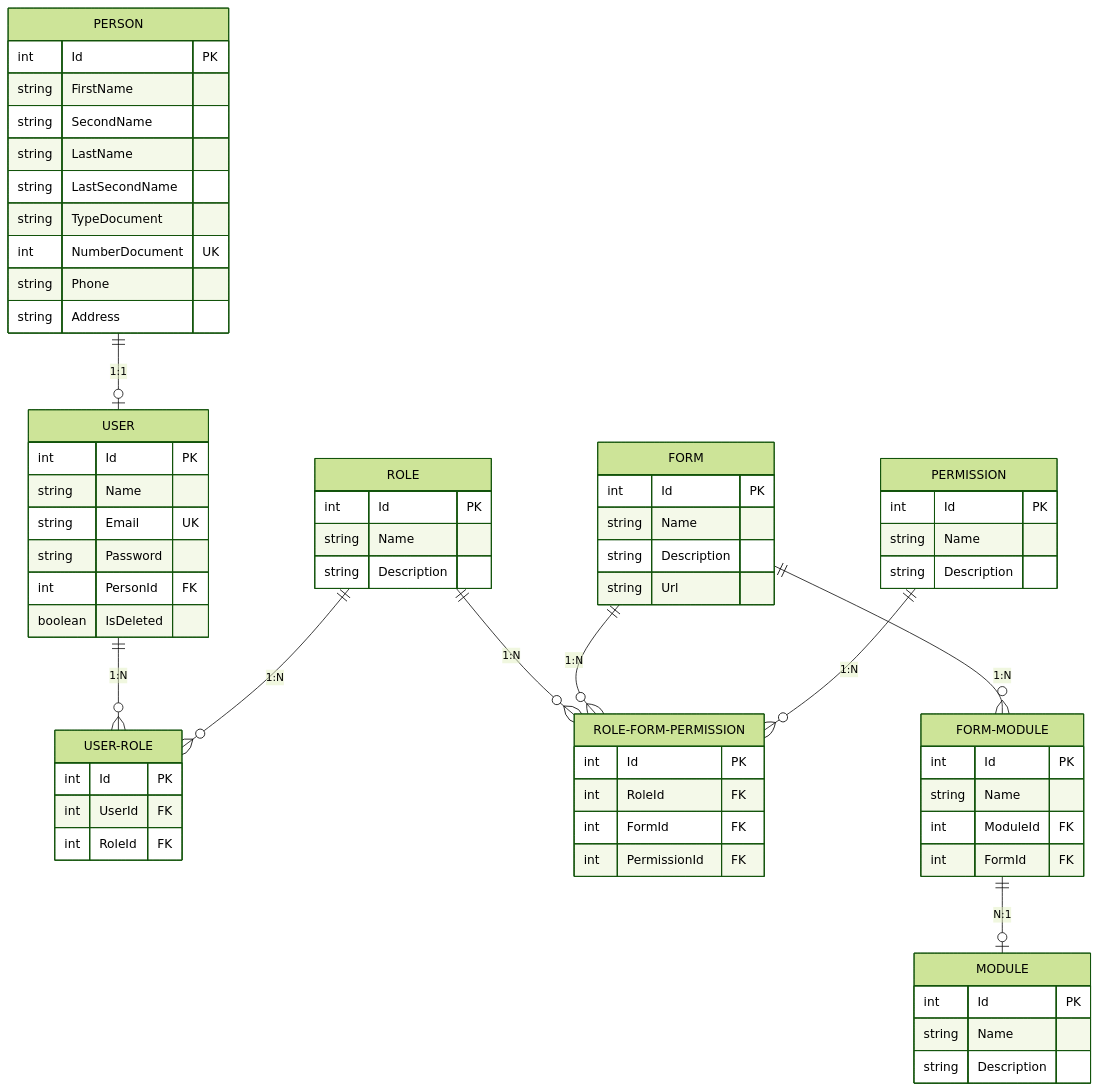
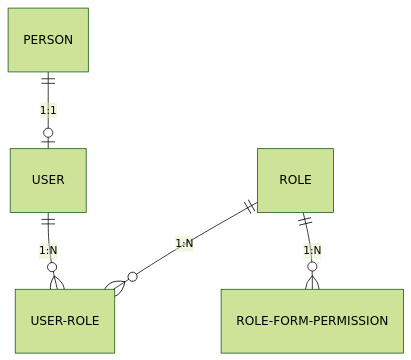
The third of 5 diagrams in README.md (brayancortes22/ModelSecurityRepaso), drawn with Mermaid (forest theme) before and after one commit. The commit also changed other lines of this file and 27 other files, not shown here.

`````diff
--- a/README.md
+++ b/README.md
@@ -490,77 +732,7 @@
 ```mermaid
 erDiagram
     PERSON ||--o| USER : "1:1"
     USER ||--o{ USER-ROLE : "1:N"
     ROLE ||--o{ USER-ROLE : "1:N"
     ROLE ||--o{ ROLE-FORM-PERMISSION : "1:N"
-    FORM ||--o{ FORM-MODULE : "1:N"
-    FORM-MODULE ||--o| MODULE : "N:1"
-    FORM ||--o{ ROLE-FORM-PERMISSION : "1:N"
-    PERMISSION ||--o{ ROLE-FORM-PERMISSION : "1:N"
-
-    PERSON {
-        int Id PK
-        string FirstName
-        string SecondName
-        string LastName
-        string LastSecondName
-        string TypeDocument
-        int NumberDocument UK
-        string Phone
-        string Address
-    }
-
-    USER {
-        int Id PK
-        string Name
-        string Email UK
-        string Password
-        int PersonId FK
-        boolean IsDeleted
-    }
-
-    USER-ROLE {
-        int Id PK
-        int UserId FK
-        int RoleId FK
-    }
-
-    ROLE {
-        int Id PK
-        string Name
-        string Description
-    }
-
-    FORM {
-        int Id PK
-        string Name
-        string Description
-        string Url
-    }
-
-    FORM-MODULE {
-        int Id PK
-        string Name
-        int ModuleId FK
-        int FormId FK
-    }
-
-    MODULE {
-        int Id PK
-        string Name
-        string Description
-    }
-
-    PERMISSION {
-        int Id PK
-        string Name
-        string Description
-    }
-
-    ROLE-FORM-PERMISSION {
-        int Id PK
-        int RoleId FK
-        int FormId FK
-        int PermissionId FK
-    }
-```
+````
`````
